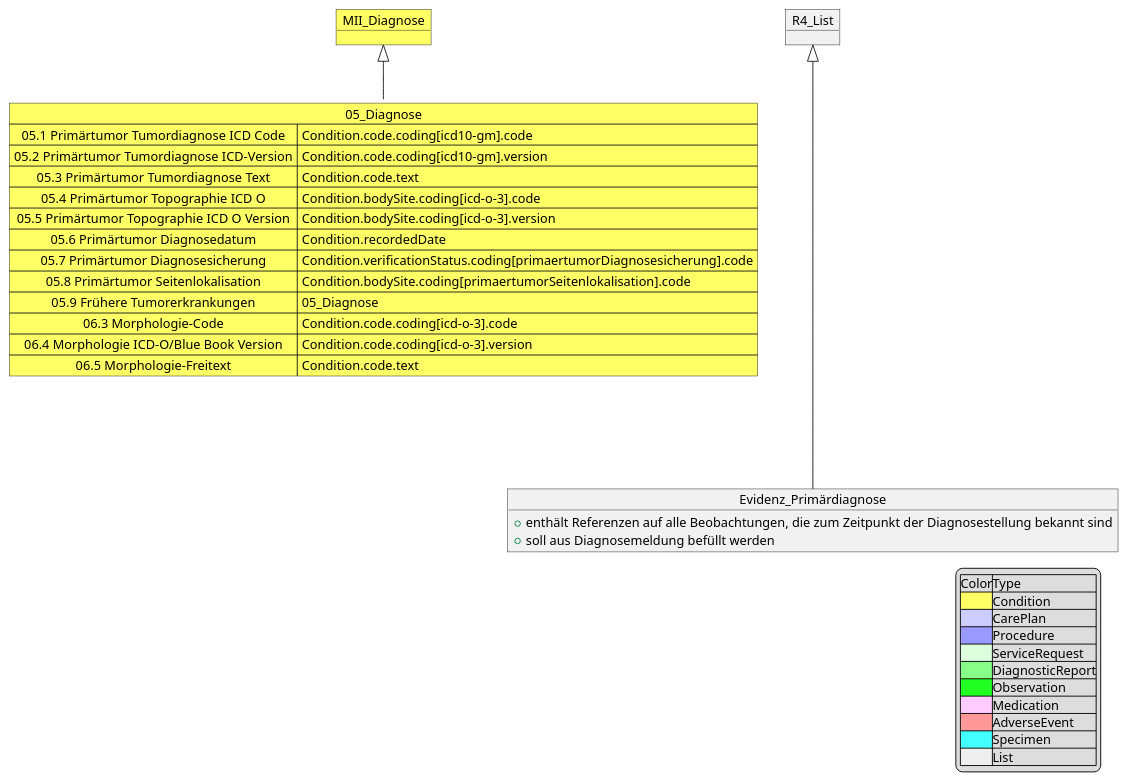
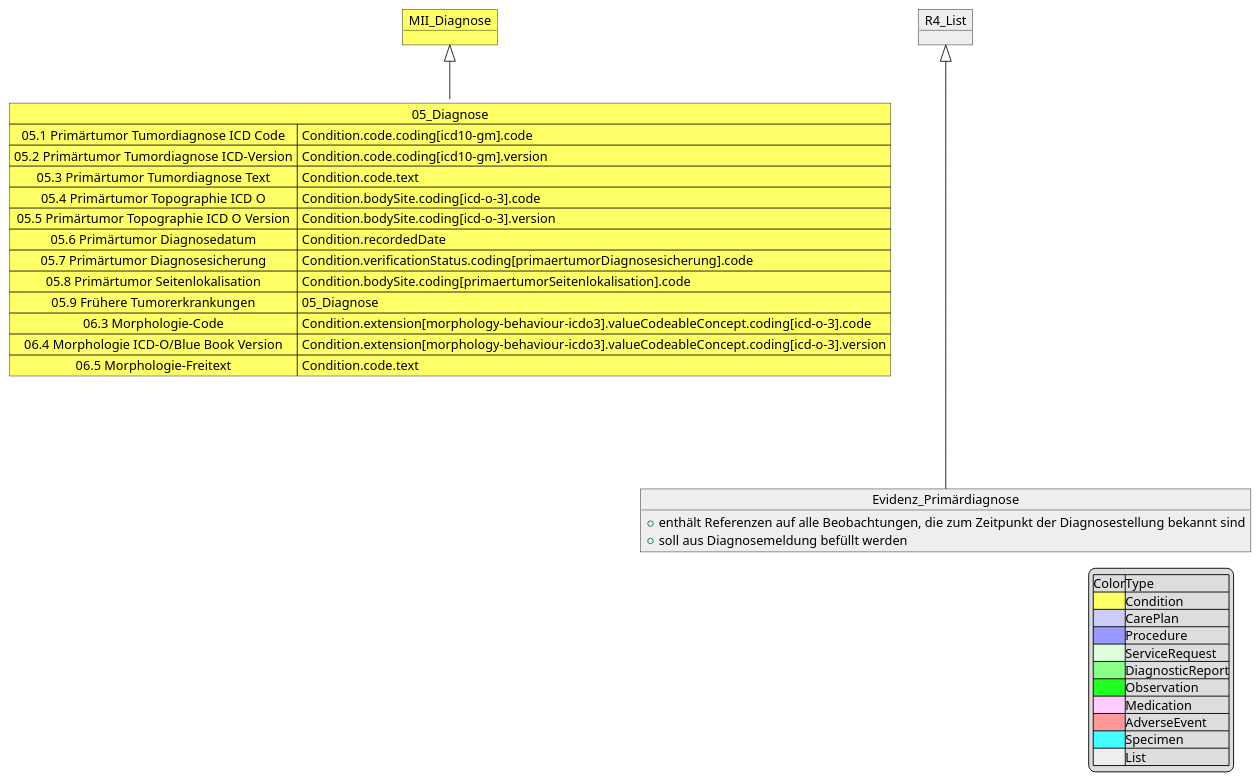
The diagram in input/images-source/MII_Onko_05_Diagnosis.pu (medizininformatik-initiative/kerndatensatzmodul-onkologie), drawn with PlantUML before and after one commit.

Commit message:
added color to Diagonsis UML

```diff
--- a/input/images-source/MII_Onko_05_Diagnosis.pu
+++ b/input/images-source/MII_Onko_05_Diagnosis.pu
@@ -1,42 +1,42 @@
 @startuml MII_Onko_05_Diagnosis
 object MII_Diagnose #FFFF66
 Map 05_Diagnose #FFFF66 {
  05.1 Primärtumor Tumordiagnose ICD Code => Condition.code.coding[icd10-gm].code
  05.2 Primärtumor Tumordiagnose ICD-Version => Condition.code.coding[icd10-gm].version
  05.3 Primärtumor Tumordiagnose Text => Condition.code.text
  05.4 Primärtumor Topographie ICD O => Condition.bodySite.coding[icd-o-3].code
  05.5 Primärtumor Topographie ICD O Version => Condition.bodySite.coding[icd-o-3].version
  05.6 Primärtumor Diagnosedatum => Condition.recordedDate
  05.7 Primärtumor Diagnosesicherung => Condition.verificationStatus.coding[primaertumorDiagnosesicherung].code
  05.8 Primärtumor Seitenlokalisation => Condition.bodySite.coding[primaertumorSeitenlokalisation].code
  05.9 Frühere Tumorerkrankungen => 05_Diagnose
- 06.3 Morphologie-Code => Condition.code.coding[icd-o-3].code
- 06.4 Morphologie ICD-O/Blue Book Version => Condition.code.coding[icd-o-3].version
+ 06.3 Morphologie-Code => Condition.extension[morphology-behaviour-icdo3].valueCodeableConcept.coding[icd-o-3].code
+ 06.4 Morphologie ICD-O/Blue Book Version => Condition.extension[morphology-behaviour-icdo3].valueCodeableConcept.coding[icd-o-3].version
  06.5 Morphologie-Freitext => Condition.code.text
 } 
 
-MII_Diagnose <|-down- 05_Diagnose
-object R4_List
-object Evidenz_Primärdiagnose {
+MII_Diagnose <|-down- 05_Diagnose 
+object R4_List #EEEEEE
+object Evidenz_Primärdiagnose #EEEEEE {
     + enthält Referenzen auf alle Beobachtungen, die zum Zeitpunkt der Diagnosestellung bekannt sind
     + soll aus Diagnosemeldung befüllt werden
 }
 R4_List <|---- Evidenz_Primärdiagnose
 
 legend right 
 |Color|Type|
 |<#FFFF66>|Condition|
 |<#CCCCFF>|CarePlan|
 |<#9999FF>|Procedure|
 |<#DDFFDD>|ServiceRequest|
 |<#88FF88>|DiagnosticReport|
 |<#22FF22>|Observation|
 |<#FFCCFF>|Medication|
 |<#FF9999>|AdverseEvent|
 |<#44FFFF>|Specimen|
 |<#EEEEEE>|List|
 endlegend
 
 
 
 @enduml
```
